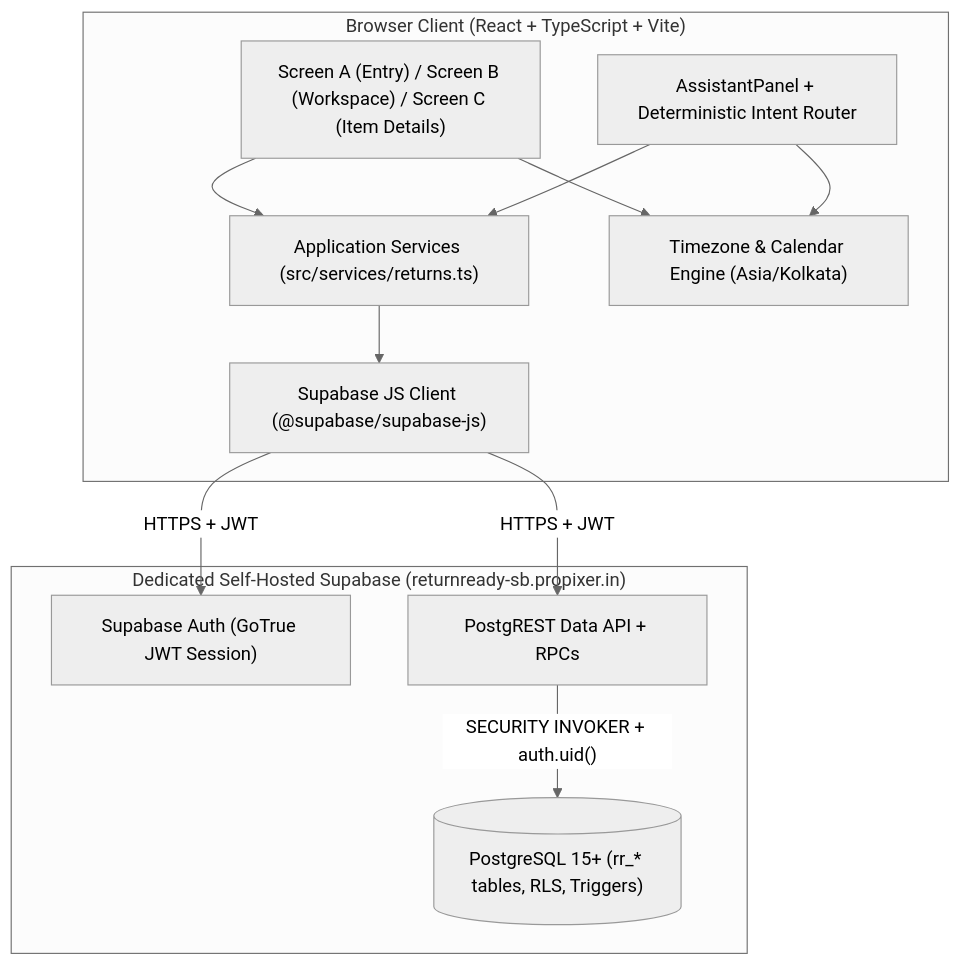
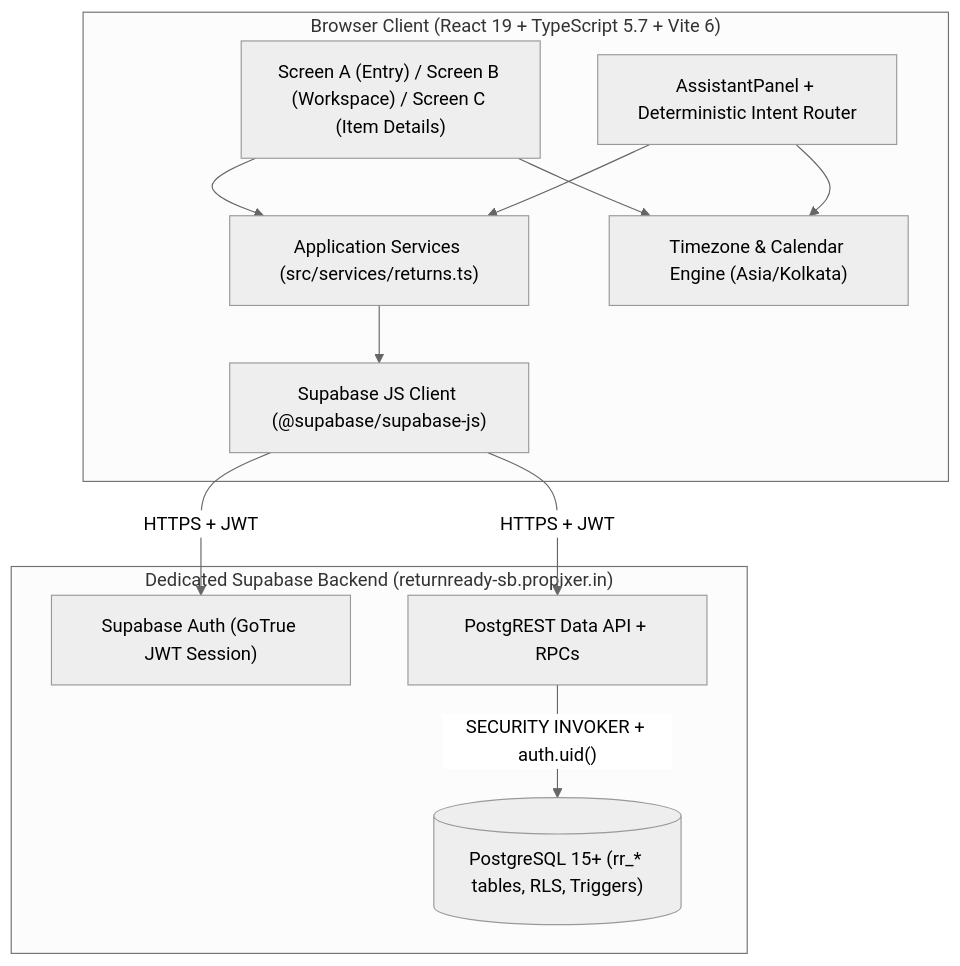
The diagram in docs/ARCHITECTURE.md (ensuredesign/returnready), drawn with Mermaid (neutral theme) before and after one commit. The commit also changed other lines of this file and 14 other files, not shown here.

````diff
--- a/docs/ARCHITECTURE.md
+++ b/docs/ARCHITECTURE.md
@@ -11,25 +17,25 @@
 ```mermaid
 flowchart TD
-  subgraph Browser["Browser Client (React + TypeScript + Vite)"]
+  subgraph Browser["Browser Client (React 19 + TypeScript 5.7 + Vite 6)"]
     UI["Screen A (Entry) / Screen B (Workspace) / Screen C (Item Details)"]
     Assistant["AssistantPanel + Deterministic Intent Router"]
     Service["Application Services (src/services/returns.ts)"]
     Dates["Timezone & Calendar Engine (Asia/Kolkata)"]
     SBClient["Supabase JS Client (@supabase/supabase-js)"]
   end
 
-  subgraph Supabase["Dedicated Self-Hosted Supabase (returnready-sb.propixer.in)"]
+  subgraph Supabase["Dedicated Supabase Backend (returnready-sb.propixer.in)"]
     Auth["Supabase Auth (GoTrue JWT Session)"]
     PostgREST["PostgREST Data API + RPCs"]
     PG[("PostgreSQL 15+ (rr_* tables, RLS, Triggers)")]
   end
 
   UI --> Service
   Assistant --> Service
   UI --> Dates
   Assistant --> Dates
   Service --> SBClient
   SBClient -->|"HTTPS + JWT"| Auth
   SBClient -->|"HTTPS + JWT"| PostgREST
   PostgREST -->|"SECURITY INVOKER + auth.uid()"| PG
 ```
````
